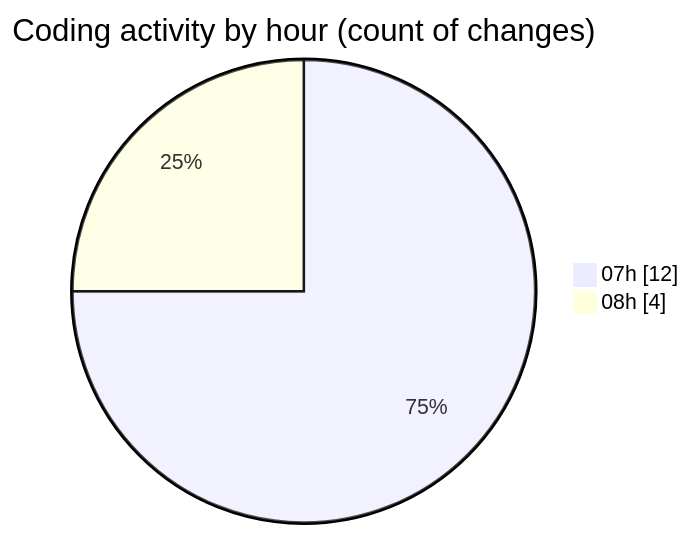
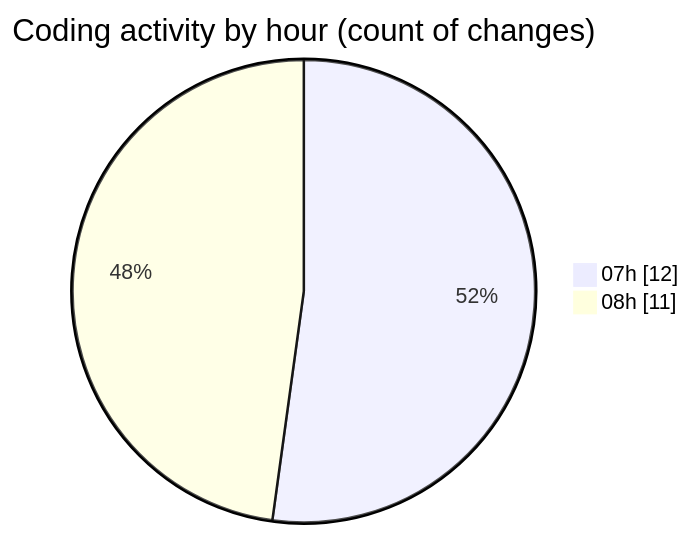
The second of 2 diagrams in 2025-06-19/app__container_registration-app__calm-app__/README.md (seballot/code-tracking), drawn with Mermaid before and after one commit. The commit also changed other lines of this file and 1 other file, not shown here.

````diff
--- a/2025-06-19/app__container_registration-app__calm-app__/README.md
+++ b/2025-06-19/app__container_registration-app__calm-app__/README.md
@@ -34,6 +37,6 @@
 ```mermaid
 pie showData
 title Coding activity by hour (count of changes)
 "07h" : 12
-"08h" : 4
+"08h" : 11
 ```
````
